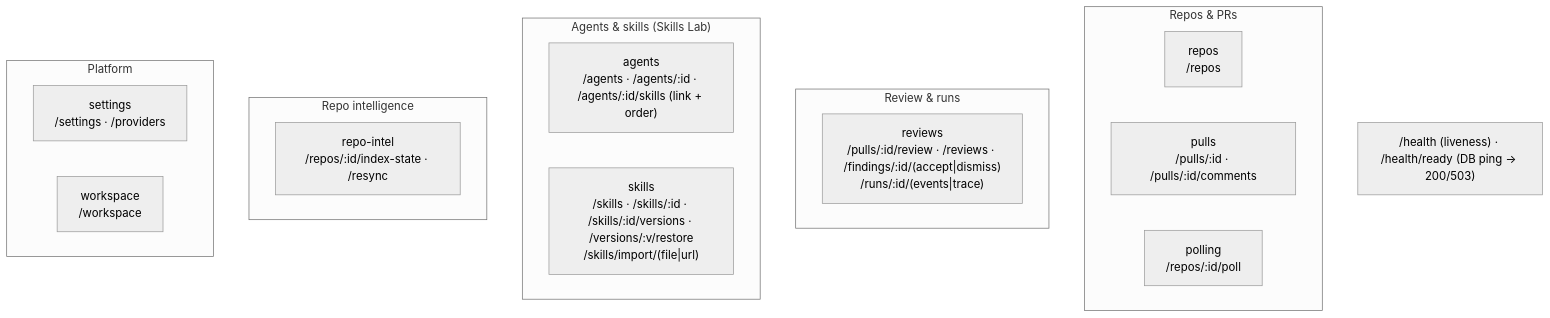
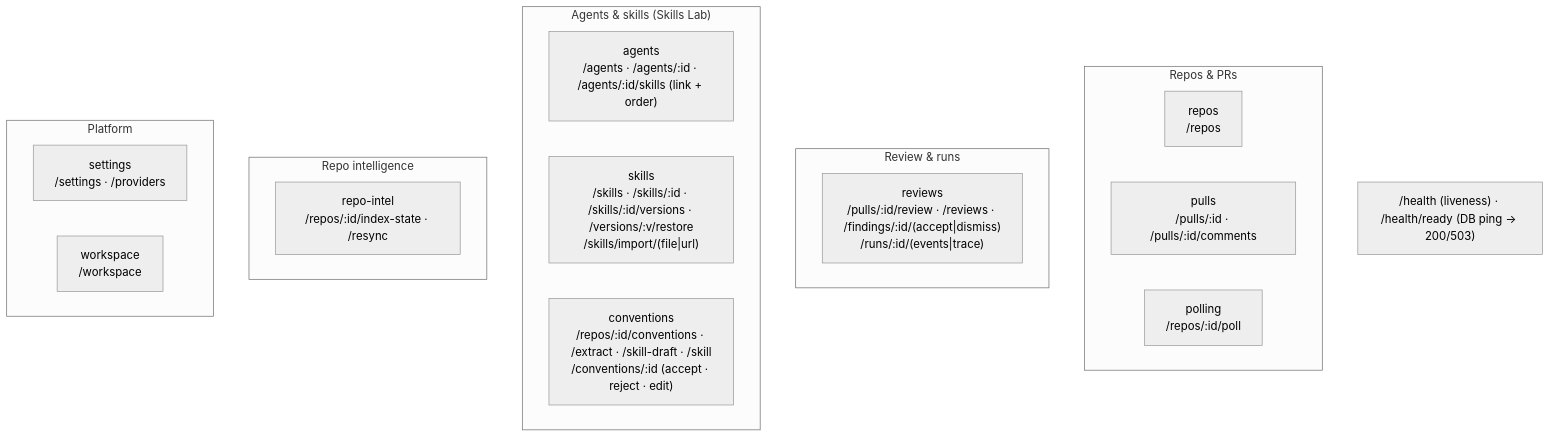
One commit to yrazub/dev-digest changed the second of 2 diagrams in server/README.md. Above: the diagram before and after it, drawn with Mermaid (neutral theme). The commit also changed 12 other files, not shown here.

Commit message:
test(e2e): add conventions flow and seed fixtures, mark L02 conventions done

````diff
--- a/server/README.md
+++ b/server/README.md
@@ -68,23 +68,24 @@
 ```mermaid
 flowchart TB
   subgraph Repos_PRs["Repos & PRs"]
     repos["repos<br/>/repos"]
     pulls["pulls<br/>/pulls/:id · /pulls/:id/comments"]
     polling["polling<br/>/repos/:id/poll"]
   end
   subgraph Review["Review & runs"]
     reviews["reviews<br/>/pulls/:id/review · /reviews · /findings/:id/(accept|dismiss)<br/>/runs/:id/(events|trace)"]
   end
   subgraph Agents["Agents & skills (Skills Lab)"]
     agents["agents<br/>/agents · /agents/:id · /agents/:id/skills (link + order)"]
     skills["skills<br/>/skills · /skills/:id · /skills/:id/versions · /versions/:v/restore<br/>/skills/import/(file|url)"]
+    conventions["conventions<br/>/repos/:id/conventions · /extract · /skill-draft · /skill<br/>/conventions/:id (accept · reject · edit)"]
   end
   subgraph Intel["Repo intelligence"]
     repoIntel["repo-intel<br/>/repos/:id/index-state · /resync"]
   end
   subgraph Platform["Platform"]
     settings["settings<br/>/settings · /providers"]
     workspace["workspace<br/>/workspace"]
   end
   HEALTH["/health (liveness) · /health/ready (DB ping → 200/503)"]
 ```
````
